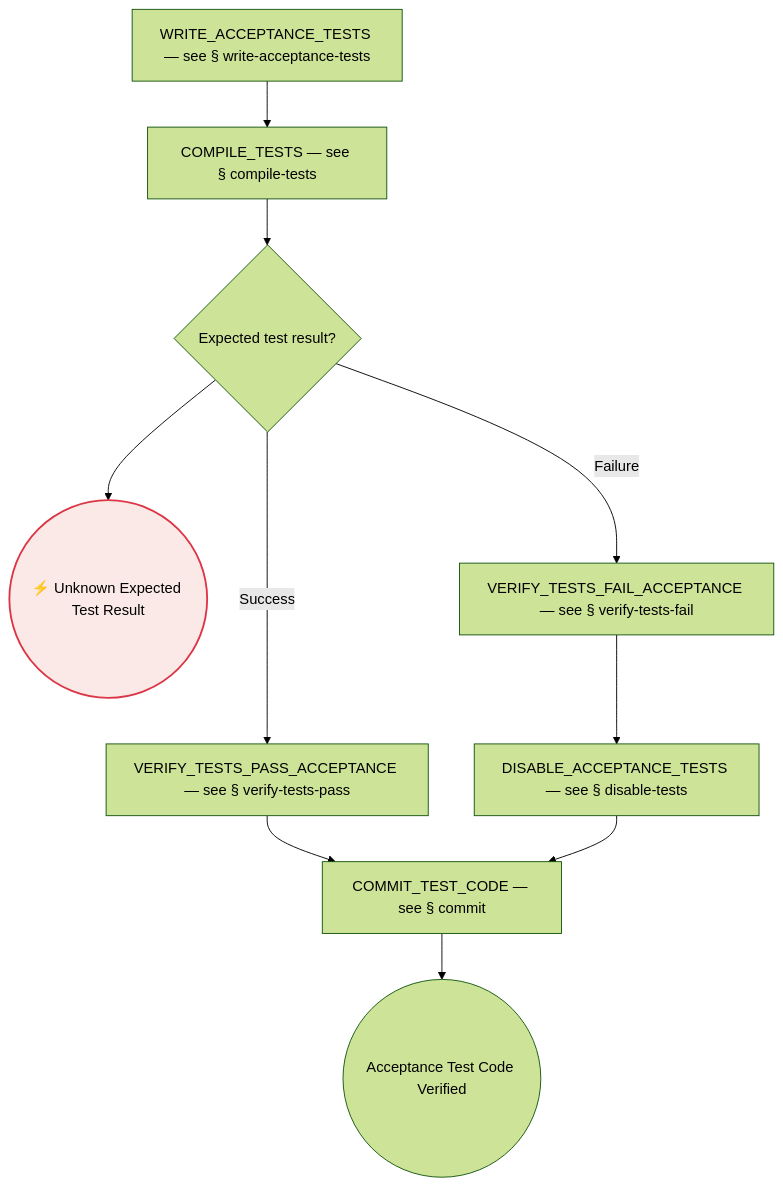
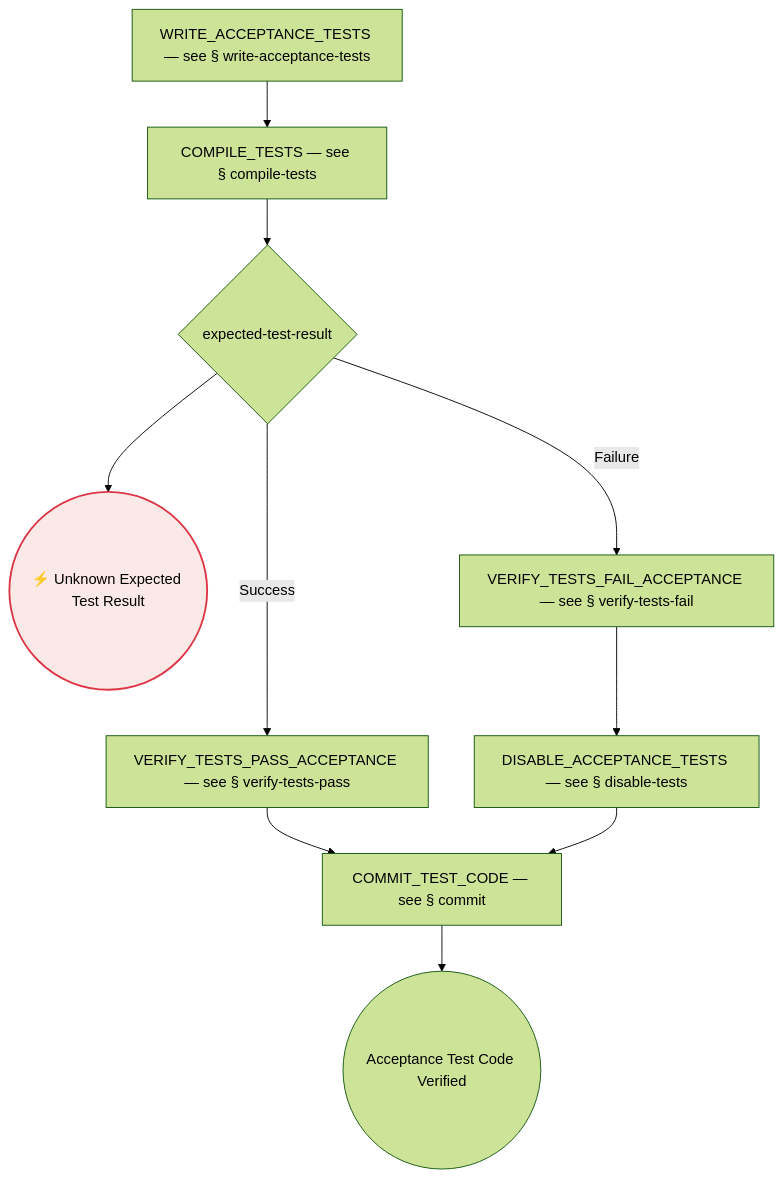
One commit to optivem/gh-optivem changed diagram 16 of 50 in docs/process-diagram.md. Above: the diagram before and after it, drawn with Mermaid (forest theme). The commit also changed other lines of this file and 3 other files, not shown here.

````diff
--- a/docs/process-diagram.md
+++ b/docs/process-diagram.md
@@ -358,25 +358,25 @@
 ```mermaid
 flowchart TD
     COMMIT_TEST_CODE[COMMIT_TEST_CODE — see § commit]
     COMPILE_TESTS[COMPILE_TESTS — see § compile-tests]
     DISABLE_ACCEPTANCE_TESTS[DISABLE_ACCEPTANCE_TESTS — see § disable-tests]
-    GATE_EXPECTED_TEST_RESULT{Expected test result?}
+    GATE_EXPECTED_TEST_RESULT{expected-test-result}
     UNKNOWN_EXPECTED_TEST_RESULT((⚡ Unknown Expected Test Result))
     VERIFY_TESTS_FAIL_ACCEPTANCE[VERIFY_TESTS_FAIL_ACCEPTANCE — see § verify-tests-fail]
     VERIFY_TESTS_PASS_ACCEPTANCE[VERIFY_TESTS_PASS_ACCEPTANCE — see § verify-tests-pass]
     WAV_AT_CODE_END((Acceptance Test Code Verified))
     WRITE_ACCEPTANCE_TESTS[WRITE_ACCEPTANCE_TESTS — see § write-acceptance-tests]
 
     WRITE_ACCEPTANCE_TESTS --> COMPILE_TESTS
     COMPILE_TESTS --> GATE_EXPECTED_TEST_RESULT
     GATE_EXPECTED_TEST_RESULT -- Success --> VERIFY_TESTS_PASS_ACCEPTANCE
     GATE_EXPECTED_TEST_RESULT -- Failure --> VERIFY_TESTS_FAIL_ACCEPTANCE
     GATE_EXPECTED_TEST_RESULT --> UNKNOWN_EXPECTED_TEST_RESULT
     VERIFY_TESTS_PASS_ACCEPTANCE --> COMMIT_TEST_CODE
     VERIFY_TESTS_FAIL_ACCEPTANCE --> DISABLE_ACCEPTANCE_TESTS
     DISABLE_ACCEPTANCE_TESTS --> COMMIT_TEST_CODE
     COMMIT_TEST_CODE --> WAV_AT_CODE_END
 
     classDef errorEndNode fill:#fbe9e7,stroke:#dc3545,stroke-width:2px,color:#000000
     class UNKNOWN_EXPECTED_TEST_RESULT errorEndNode
 ```
````
